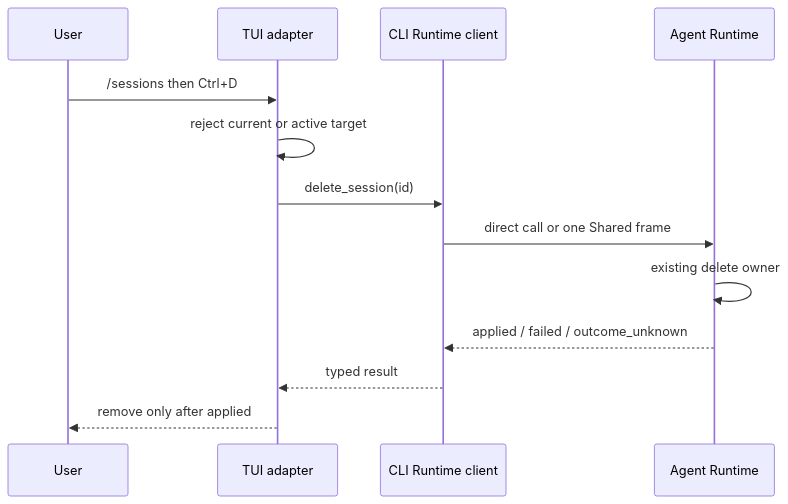
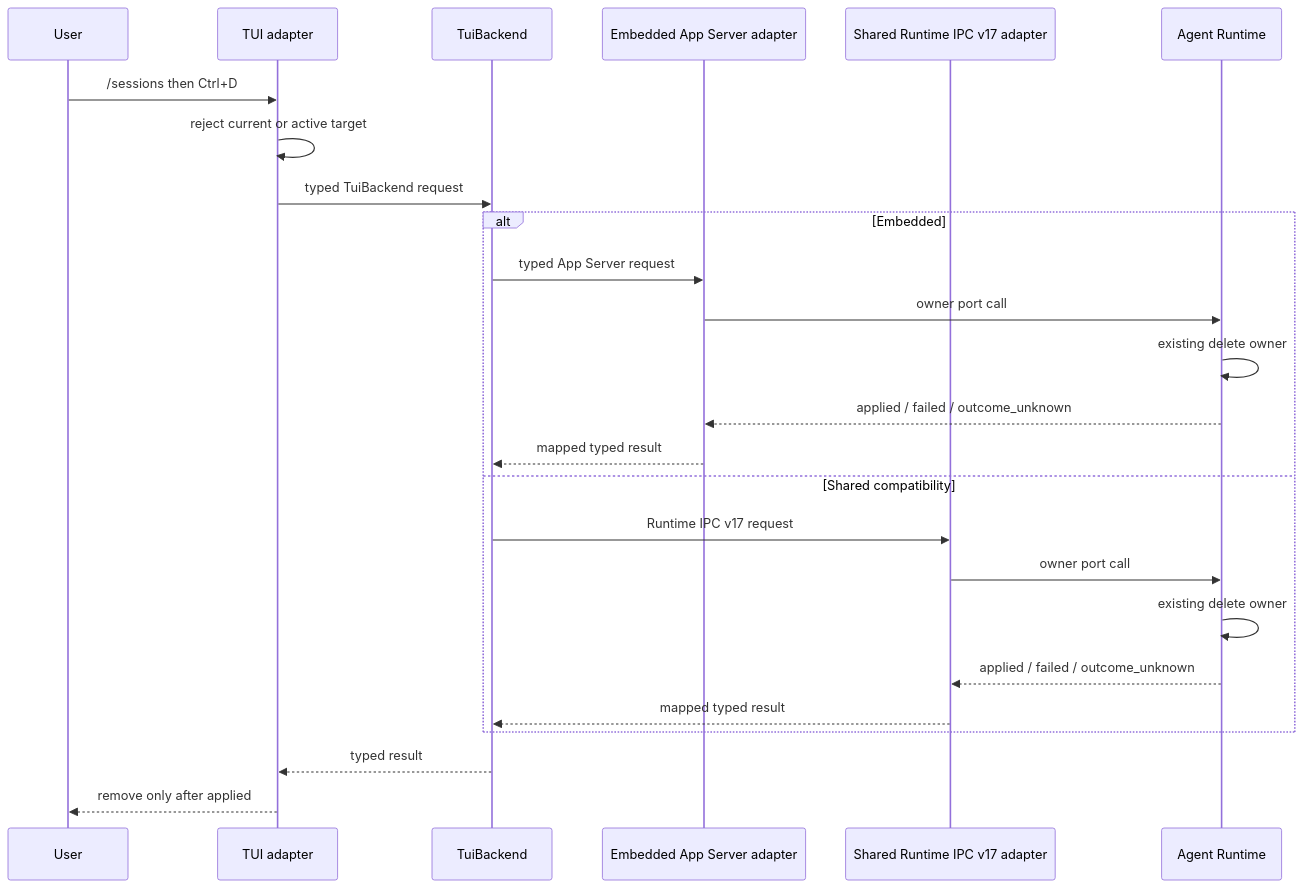
One commit to 1688mengdie/BitFun changed diagram 15 of 15 in docs/architecture/agent-runtime-deployment-design.md. Above: the diagram before and after it, drawn with Mermaid. The commit also changed other lines of this file and 87 other files, not shown here.

Commit message:
feat(cli): add app server to cli

````diff
--- a/docs/architecture/agent-runtime-deployment-design.md
+++ b/docs/architecture/agent-runtime-deployment-design.md
@@ -355,16 +435,28 @@
 ```mermaid
 sequenceDiagram
   participant U as User
   participant T as TUI adapter
-  participant C as CLI Runtime client
+  participant B as TuiBackend
+  participant E as Embedded App Server adapter
+  participant S as Shared Runtime IPC v17 adapter
   participant R as Agent Runtime
 
   U->>T: /sessions then Ctrl+D
   T->>T: reject current or active target
-  T->>C: delete_session(id)
-  C->>R: direct call or one Shared frame
-  R->>R: existing delete owner
-  R-->>C: applied / failed / outcome_unknown
-  C-->>T: typed result
+  T->>B: typed TuiBackend request
+  alt Embedded
+    B->>E: typed App Server request
+    E->>R: owner port call
+    R->>R: existing delete owner
+    R-->>E: applied / failed / outcome_unknown
+    E-->>B: mapped typed result
+  else Shared compatibility
+    B->>S: Runtime IPC v17 request
+    S->>R: owner port call
+    R->>R: existing delete owner
+    R-->>S: applied / failed / outcome_unknown
+    S-->>B: mapped typed result
+  end
+  B-->>T: typed result
   T-->>U: remove only after applied
 ```
````
